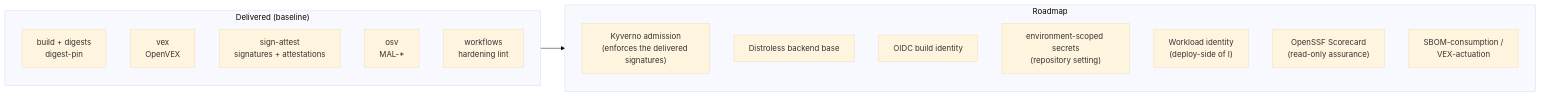
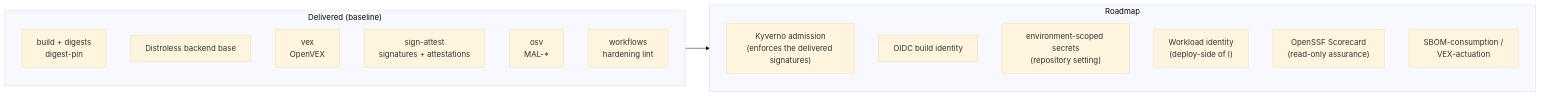
The diagram in wiki/ROADMAP-supply-chain.md (berserkhmdvhb/fullstack_template), drawn with Mermaid (base theme) before and after one commit. The commit also changed other lines of this file and 8 other files, not shown here.

First line of the commit message:
docs: the backend image is distroless; roadmap item done; changelog

````diff
--- a/wiki/ROADMAP-supply-chain.md
+++ b/wiki/ROADMAP-supply-chain.md
@@ -159,21 +156,21 @@
 ```mermaid
 flowchart LR
     subgraph Delivered["Delivered (baseline)"]
         V["build + digests<br/>digest-pin"]
+        D["Distroless backend base"]
         X["vex<br/>OpenVEX"]
         S["sign-attest<br/>signatures + attestations"]
         M["osv<br/>MAL-*"] & H["workflows<br/>hardening lint"]
     end
 
     subgraph Roadmap["Roadmap"]
         K["Kyverno admission<br/>(enforces the delivered signatures)"]
-        D["Distroless backend base"]
         I["OIDC build identity"]
         P["environment-scoped secrets<br/>(repository setting)"]
         W["Workload identity<br/>(deploy-side of I)"]
         SC["OpenSSF Scorecard<br/>(read-only assurance)"]
         SB["SBOM-consumption /<br/>VEX-actuation"]
     end
 
     Delivered --> Roadmap
 ```
````
